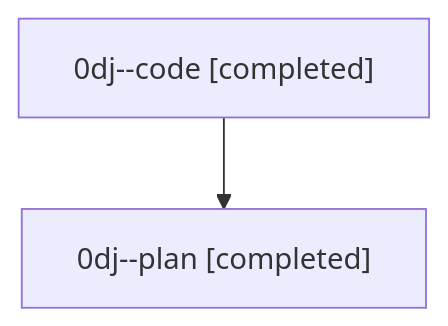
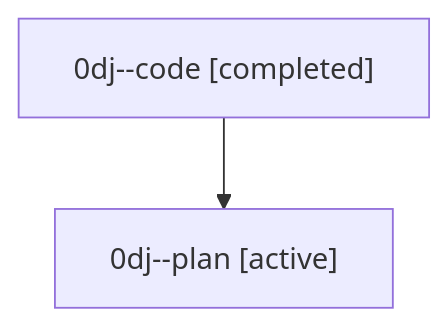
One commit to sase-org/sase--agents changed the diagram in families/bbugyi200.athena.0dj.md. Above: the diagram before and after it, drawn with Mermaid. The commit also changed other lines of this file and 35830 other files, not shown here.

````diff
--- a/families/bbugyi200.athena.0dj.md
+++ b/families/bbugyi200.athena.0dj.md
@@ -9,6 +9,6 @@
 ```mermaid
 flowchart TD
   n0["0dj--code [completed]"]
-  n1["0dj--plan [completed]"]
+  n1["0dj--plan [active]"]
   n0 --> n1
 ```
````
